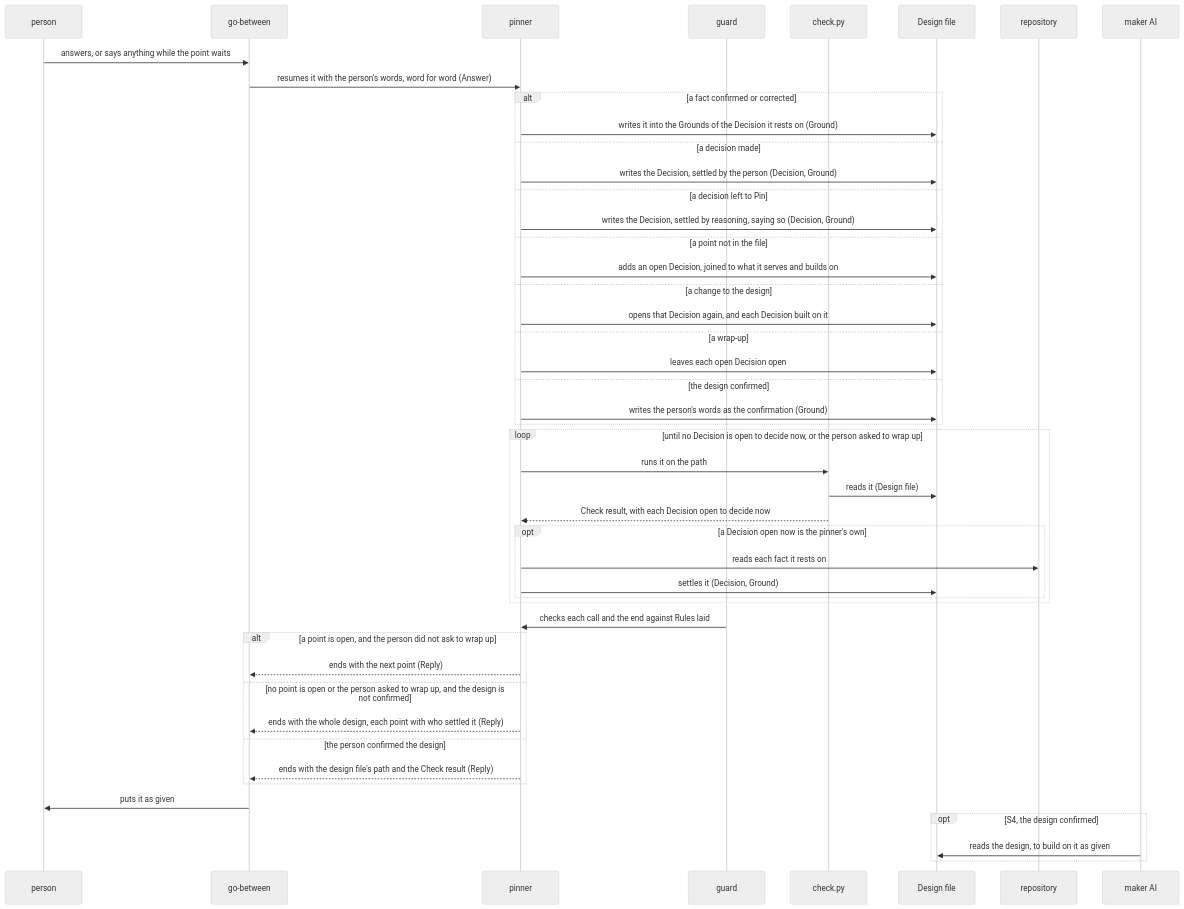
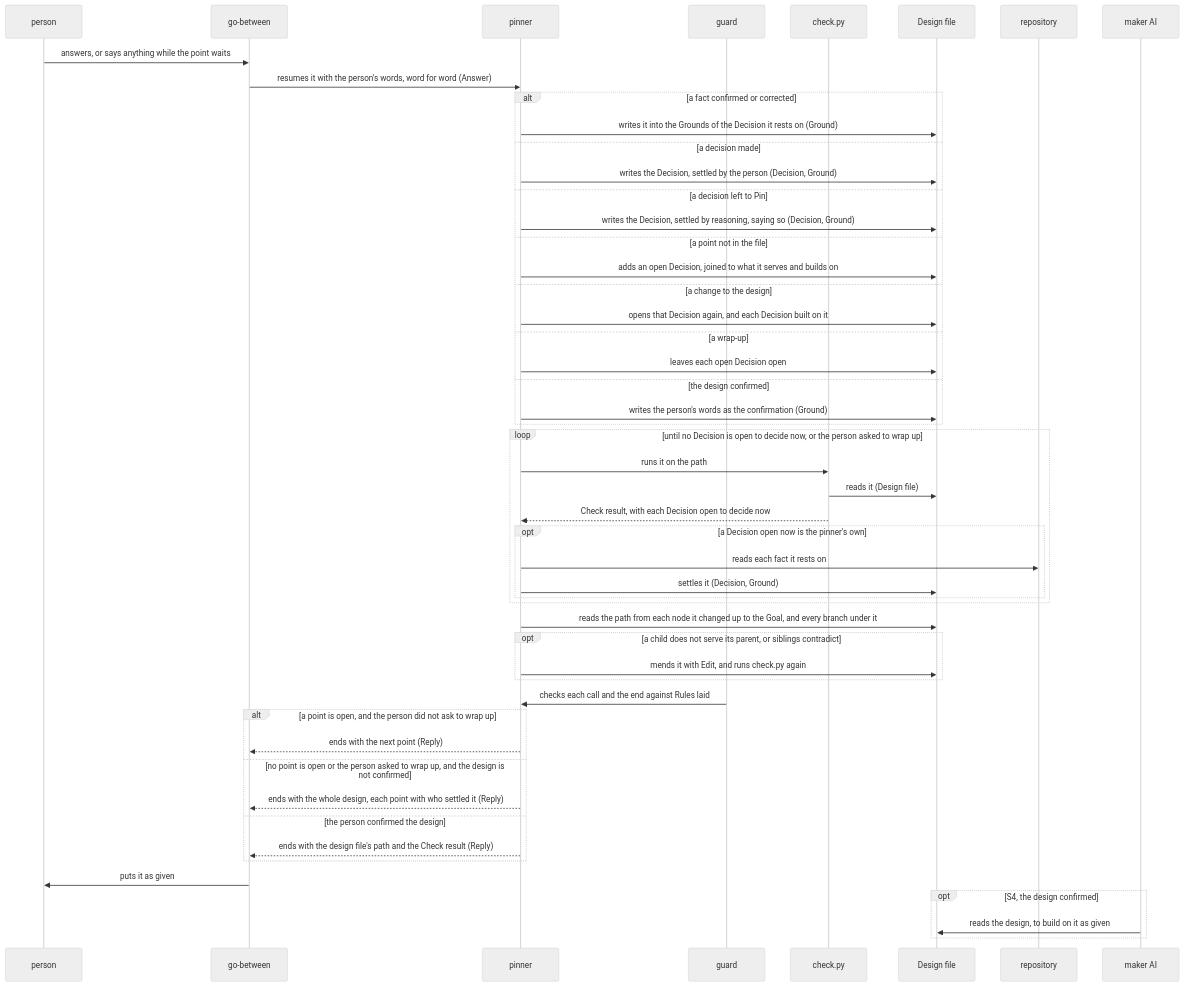
Before and after one commit to lovaizu/ccpm: the second of 2 diagrams in dev/pin/architecture.md, drawn with Mermaid (neutral theme). The commit also changed other lines of this file and 38 other files, not shown here.

````diff
--- a/dev/pin/architecture.md
+++ b/dev/pin/architecture.md
@@ -259,49 +283,53 @@
 ```mermaid
 sequenceDiagram
   participant P as person
   participant GB as go-between
   participant PN as pinner
   participant GD as guard
   participant CK as check.py
   participant DF as Design file
   participant RP as repository
   participant M as maker AI
   P->>GB: answers, or says anything while the point waits
   GB->>PN: resumes it with the person's words, word for word (Answer)
   alt a fact confirmed or corrected
     PN->>DF: writes it into the Grounds of the Decision it rests on (Ground)
   else a decision made
     PN->>DF: writes the Decision, settled by the person (Decision, Ground)
   else a decision left to Pin
     PN->>DF: writes the Decision, settled by reasoning, saying so (Decision, Ground)
   else a point not in the file
     PN->>DF: adds an open Decision, joined to what it serves and builds on
   else a change to the design
     PN->>DF: opens that Decision again, and each Decision built on it
   else a wrap-up
     PN->>DF: leaves each open Decision open
   else the design confirmed
     PN->>DF: writes the person's words as the confirmation (Ground)
   end
   loop until no Decision is open to decide now, or the person asked to wrap up
     PN->>CK: runs it on the path
     CK->>DF: reads it (Design file)
     CK-->>PN: Check result, with each Decision open to decide now
     opt a Decision open now is the pinner's own
       PN->>RP: reads each fact it rests on
       PN->>DF: settles it (Decision, Ground)
     end
   end
+  PN->>DF: reads the path from each node it changed up to the Goal, and every branch under it
+  opt a child does not serve its parent, or siblings contradict
+    PN->>DF: mends it with Edit, and runs check.py again
+  end
   GD->>PN: checks each call and the end against Rules laid
   alt a point is open, and the person did not ask to wrap up
     PN-->>GB: ends with the next point (Reply)
   else no point is open or the person asked to wrap up, and the design is not confirmed
     PN-->>GB: ends with the whole design, each point with who settled it (Reply)
   else the person confirmed the design
     PN-->>GB: ends with the design file's path and the Check result (Reply)
   end
   GB->>P: puts it as given
   opt S4, the design confirmed
     M->>DF: reads the design, to build on it as given
   end
 ```
````
